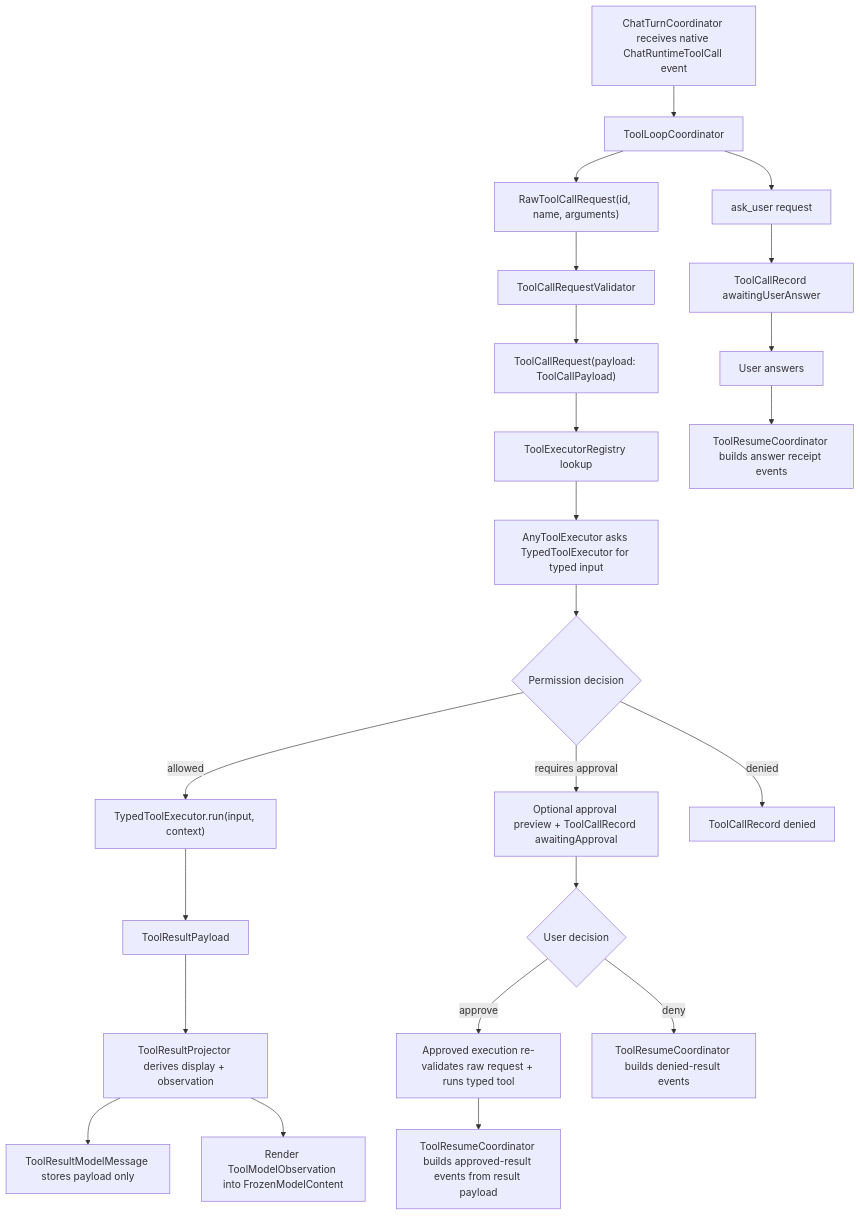
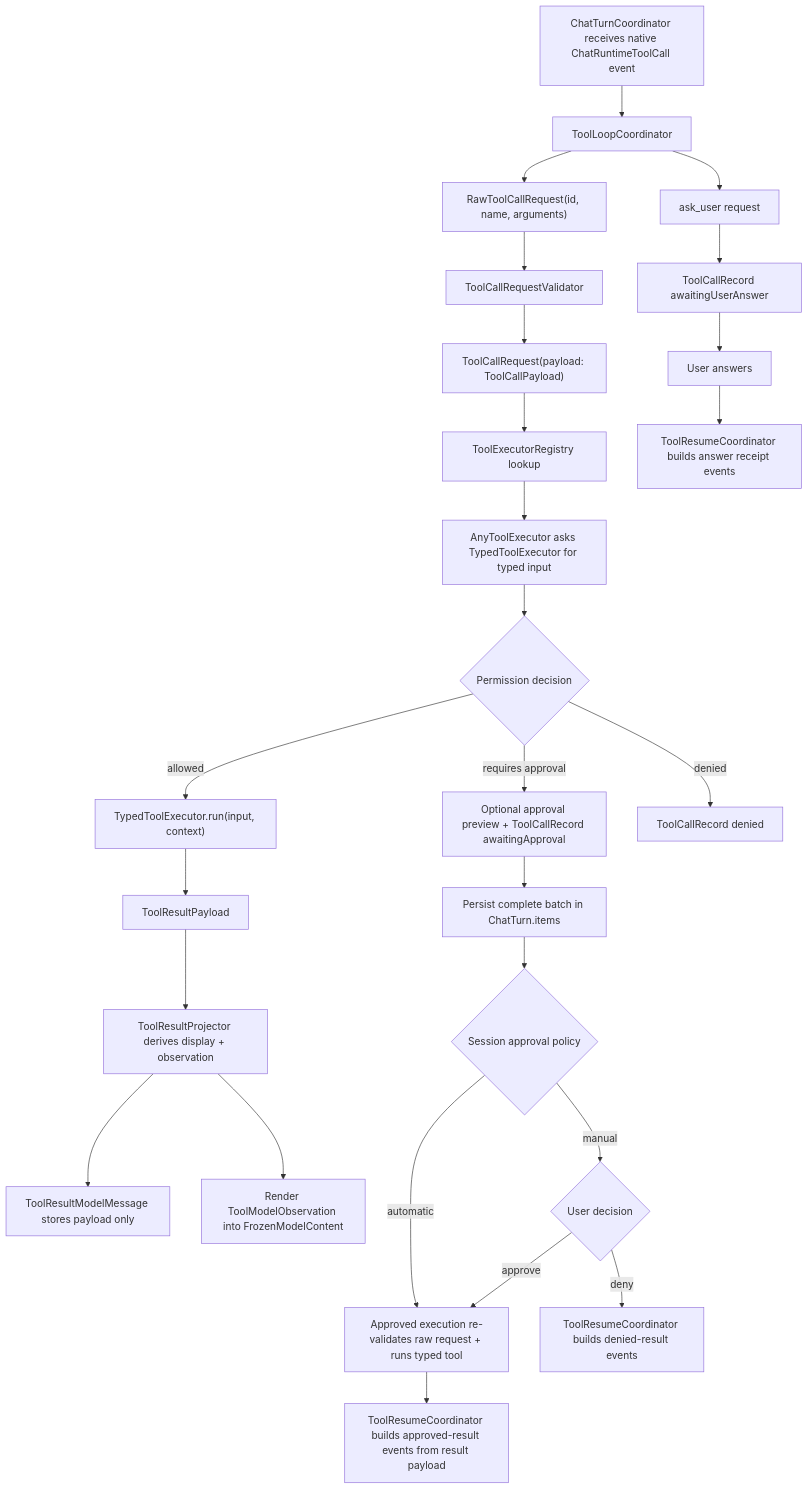
The diagram in docs/tool-runtime.md (ngutech21/sumika-chat), drawn with Mermaid before and after one commit. The commit also changed other lines of this file and 27 other files, not shown here.

````diff
--- a/docs/tool-runtime.md
+++ b/docs/tool-runtime.md
@@ -10,25 +10,28 @@
 ```mermaid
 flowchart TD
   A["ChatTurnCoordinator receives native ChatRuntimeToolCall event"] --> B["ToolLoopCoordinator"]
   B --> C["RawToolCallRequest(id, name, arguments)"]
   C --> D["ToolCallRequestValidator"]
   D --> E["ToolCallRequest(payload: ToolCallPayload)"]
   E --> F["ToolExecutorRegistry lookup"]
   F --> G["AnyToolExecutor asks TypedToolExecutor for typed input"]
   G --> H{"Permission decision"}
   H -- "allowed" --> I["TypedToolExecutor.run(input, context)"]
   H -- "requires approval" --> J["Optional approval preview + ToolCallRecord awaitingApproval"]
   H -- "denied" --> K["ToolCallRecord denied"]
   I --> L["ToolResultPayload"]
   L --> O["ToolResultProjector derives display + observation"]
   O --> P["ToolResultModelMessage stores payload only"]
   O --> Q["Render ToolModelObservation into FrozenModelContent"]
-  J --> M{"User decision"}
-  M -- "approve" --> N["Approved execution re-validates raw request + runs typed tool"]
+  J --> Y["Persist complete batch in ChatTurn.items"]
+  Y --> M{"Session approval policy"}
+  M -- "automatic" --> N["Approved execution re-validates raw request + runs typed tool"]
+  M -- "manual" --> X{"User decision"}
+  X -- "approve" --> N
   N --> R["ToolResumeCoordinator builds approved-result events from result payload"]
-  M -- "deny" --> S["ToolResumeCoordinator builds denied-result events"]
+  X -- "deny" --> S["ToolResumeCoordinator builds denied-result events"]
   B --> T["ask_user request"]
   T --> U["ToolCallRecord awaitingUserAnswer"]
   U --> V["User answers"]
   V --> W["ToolResumeCoordinator builds answer receipt events"]
 ```
````
